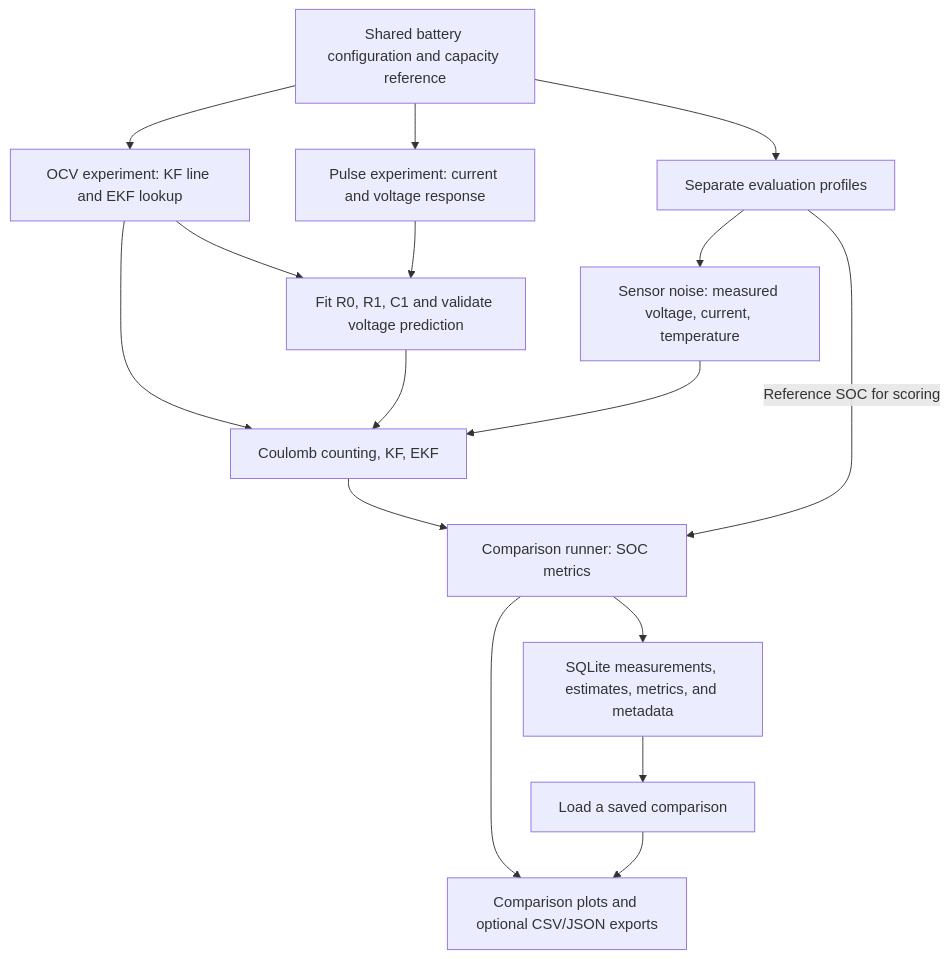
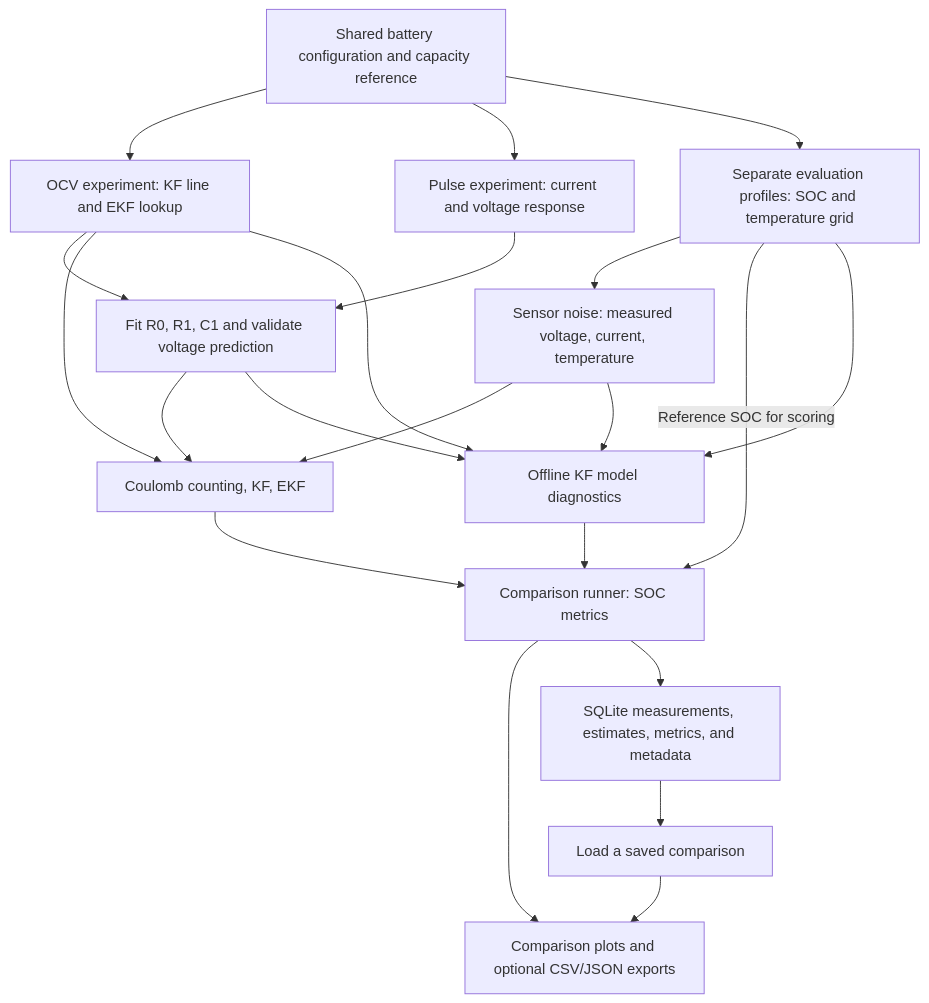
The diagram in architecture.md (Taha-Ibrah/smart-bms), drawn with Mermaid before and after one commit. The commit also changed other lines of this file and 11 other files, not shown here.

````diff
--- a/architecture.md
+++ b/architecture.md
@@ -281,19 +327,24 @@
 ```mermaid
 flowchart TD
     B[Shared battery configuration and capacity reference]
     B --> O[OCV experiment: KF line and EKF lookup]
     B --> P[Pulse experiment: current and voltage response]
     O --> F[Fit R0, R1, C1 and validate voltage prediction]
     P --> F
-    B --> D[Separate evaluation profiles]
+    B --> D[Separate evaluation profiles: SOC and temperature grid]
     D --> N[Sensor noise: measured voltage, current, temperature]
     O --> E[Coulomb counting, KF, EKF]
     F --> E
     N --> E
     E --> C[Comparison runner: SOC metrics]
     D -->|Reference SOC for scoring| C
+    D --> K[Offline KF model diagnostics]
+    O --> K
+    F --> K
+    N --> K
+    K --> C
     C --> V[Comparison plots and optional CSV/JSON exports]
     C --> S[SQLite measurements, estimates, metrics, and metadata]
     S --> L[Load a saved comparison]
     L --> V
 ```
````
